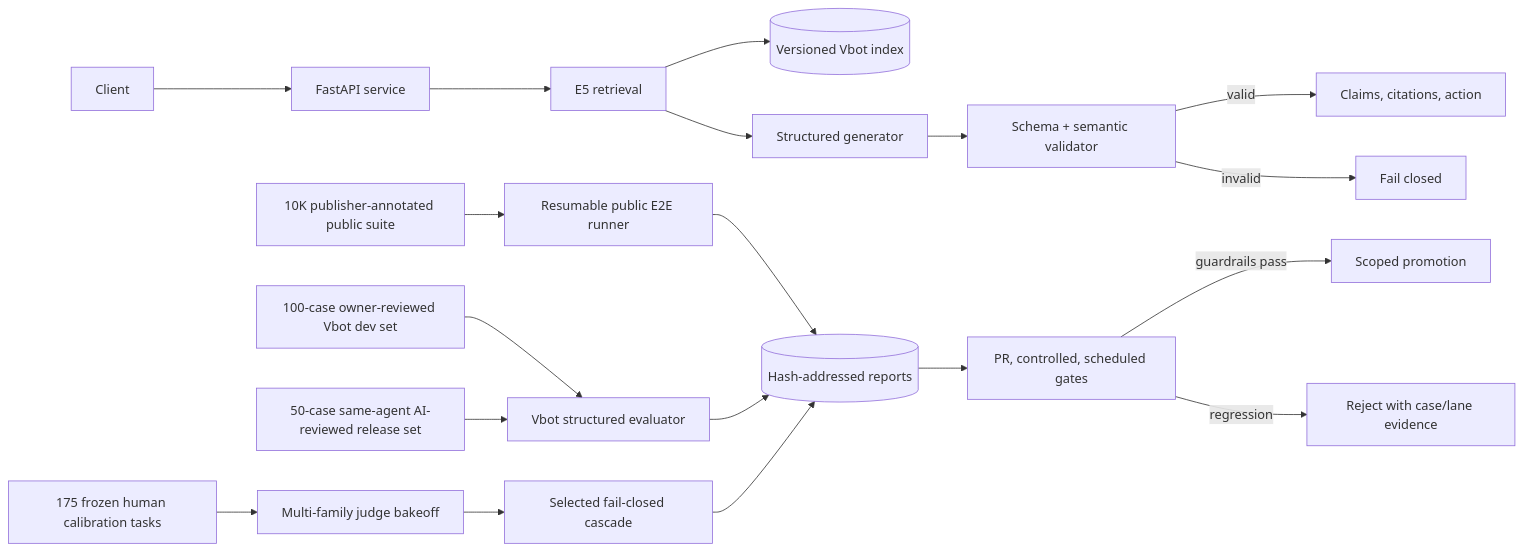
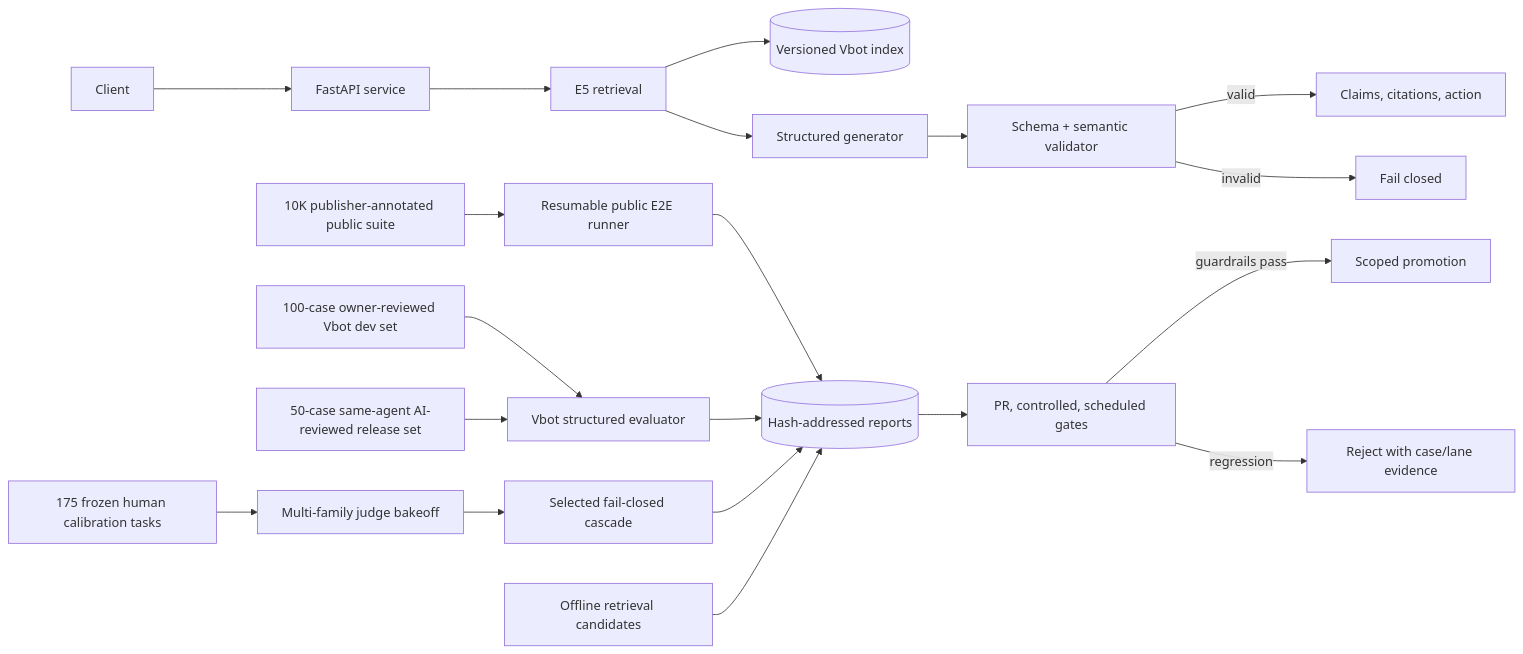
One commit to p1tap/vbot-rag-eval changed the diagram in docs/architecture.md. Above: the diagram before and after it, drawn with Mermaid. The commit also changed other lines of this file and 30 other files, not shown here.

````diff
--- a/docs/architecture.md
+++ b/docs/architecture.md
@@ -3,22 +3,23 @@
 ```mermaid
 flowchart LR
   U[Client] --> API[FastAPI service]
   API --> R[E5 retrieval]
   R --> IDX[(Versioned Vbot index)]
   R --> G[Structured generator]
   G --> V[Schema + semantic validator]
   V -->|valid| OUT[Claims, citations, action]
   V -->|invalid| FC[Fail closed]
 
   PUB[10K publisher-annotated public suite] --> E2E[Resumable public E2E runner]
   VBT[100-case owner-reviewed Vbot dev set] --> VE[Vbot structured evaluator]
   REL[50-case same-agent AI-reviewed release set] --> VE
   CAL[175 frozen human calibration tasks] --> J[Multi-family judge bakeoff]
   J --> CAS[Selected fail-closed cascade]
   E2E --> REP[(Hash-addressed reports)]
   VE --> REP
   CAS --> REP
+  LAB[Offline retrieval candidates] --> REP
   REP --> CI[PR, controlled, scheduled gates]
   CI -->|guardrails pass| PROMOTE[Scoped promotion]
   CI -->|regression| REJECT[Reject with case/lane evidence]
 ```
````
